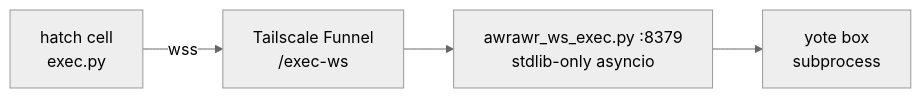
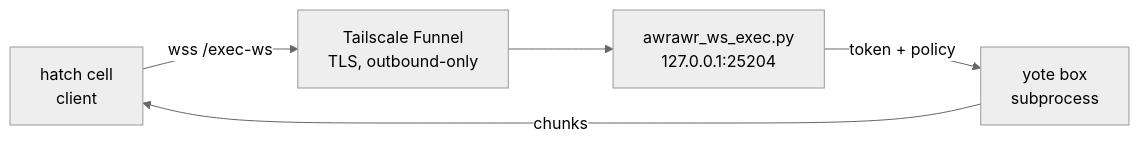
One commit to toxicwind/estate changed the diagram in bridge/README.md. Above: the diagram before and after it, drawn with Mermaid (neutral theme). The commit also changed other lines of this file and 127 other files, not shown here.

````diff
--- a/bridge/README.md
+++ b/bridge/README.md
@@ -5,6 +18,7 @@
 ```mermaid
 flowchart LR
-    HATCH[hatch cell<br/>exec.py] -->|wss| FUN[Tailscale Funnel<br/>/exec-ws]
-    FUN --> WS[awrawr_ws_exec.py :8379<br/>stdlib-only asyncio]
-    WS --> YOTE[yote box<br/>subprocess]
+    HATCH[hatch cell<br/>client] -->|wss /exec-ws| FUN[Tailscale Funnel<br/>TLS, outbound-only]
+    FUN --> WS[awrawr_ws_exec.py<br/>127.0.0.1:25204]
+    WS -->|token + policy| YOTE[yote box<br/>subprocess]
+    YOTE -->|chunks| HATCH
 ```
````
